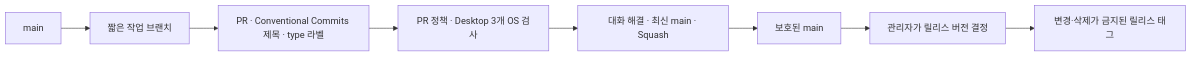
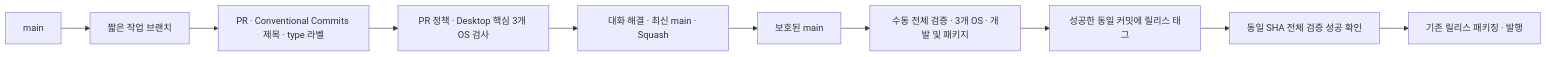
One commit to comnori/metis changed the diagram in doc/diagrams/git-policy.mmd. Above: the diagram before and after it, drawn with Mermaid. The commit also changed 13 other files, not shown here.

Commit message:
ci: split PR core checks from manual full release validation

```diff
--- a/doc/diagrams/git-policy.mmd
+++ b/doc/diagrams/git-policy.mmd
@@ -1,8 +1,10 @@
 flowchart LR
     Main["main"] --> Branch["짧은 작업 브랜치"]
     Branch --> PR["PR · Conventional Commits 제목 · type 라벨"]
-    PR --> Checks["PR 정책 · Desktop 3개 OS 검사"]
+    PR --> Checks["PR 정책 · Desktop 핵심 3개 OS 검사"]
     Checks --> Squash["대화 해결 · 최신 main · Squash"]
     Squash --> Protected["보호된 main"]
-    Protected --> Release["관리자가 릴리스 버전 결정"]
-    Release --> Tag["변경·삭제가 금지된 릴리스 태그"]
+    Protected --> Full["수동 전체 검증 · 3개 OS · 개발 및 패키지"]
+    Full --> Tag["성공한 동일 커밋에 릴리스 태그"]
+    Tag --> Gate["동일 SHA 전체 검증 성공 확인"]
+    Gate --> Release["기존 릴리스 패키징 · 발행"]
```
